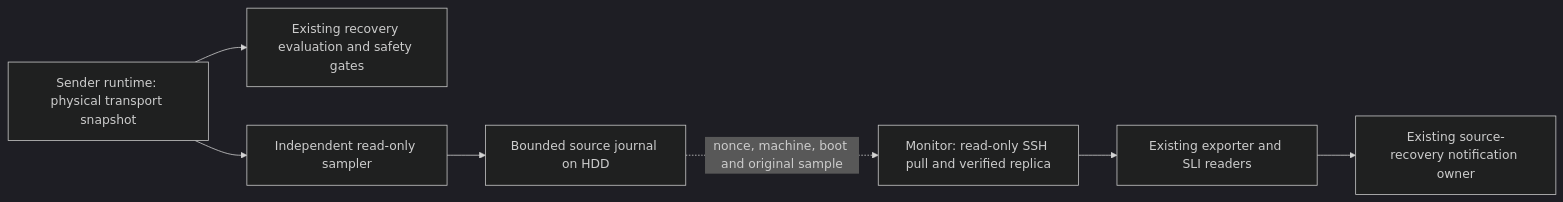
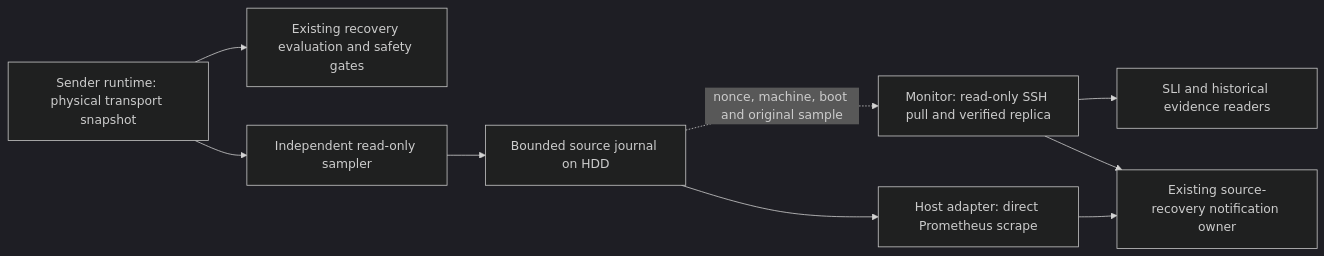
One commit to yukimurata0421/live-stream-systems-case-study changed the diagram in docs/v3/upload-measurement-source.md. Above: the diagram before and after it, drawn with Mermaid (dark theme). The commit also changed other lines of this file and 7 other files, not shown here.

````diff
--- a/docs/v3/upload-measurement-source.md
+++ b/docs/v3/upload-measurement-source.md
@@ -23,14 +23,17 @@
 ```mermaid
 flowchart LR
     R["Sender runtime: physical transport snapshot"]
     C["Existing recovery evaluation and safety gates"]
     S["Independent read-only sampler"]
     J["Bounded source journal on HDD"]
     P["Monitor: read-only SSH pull and verified replica"]
-    E["Existing exporter and SLI readers"]
+    E["SLI and historical evidence readers"]
+    D["Host adapter: direct Prometheus scrape"]
     N["Existing source-recovery notification owner"]
     R --> C
     R --> S --> J
     J -. "nonce, machine, boot and original sample" .-> P
-    P --> E --> N
+    P --> E
+    P --> N
+    J --> D --> N
 ```
````
